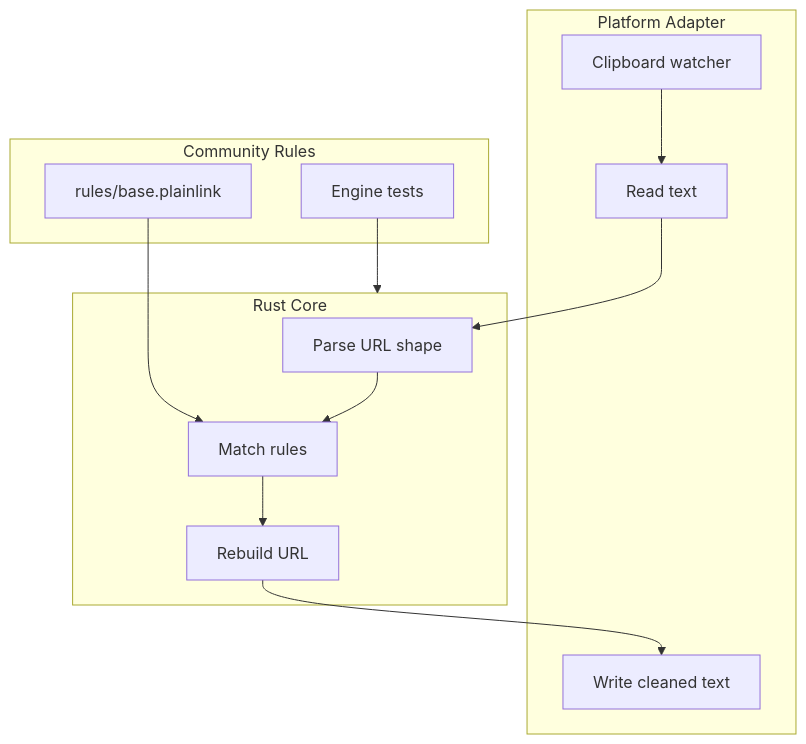
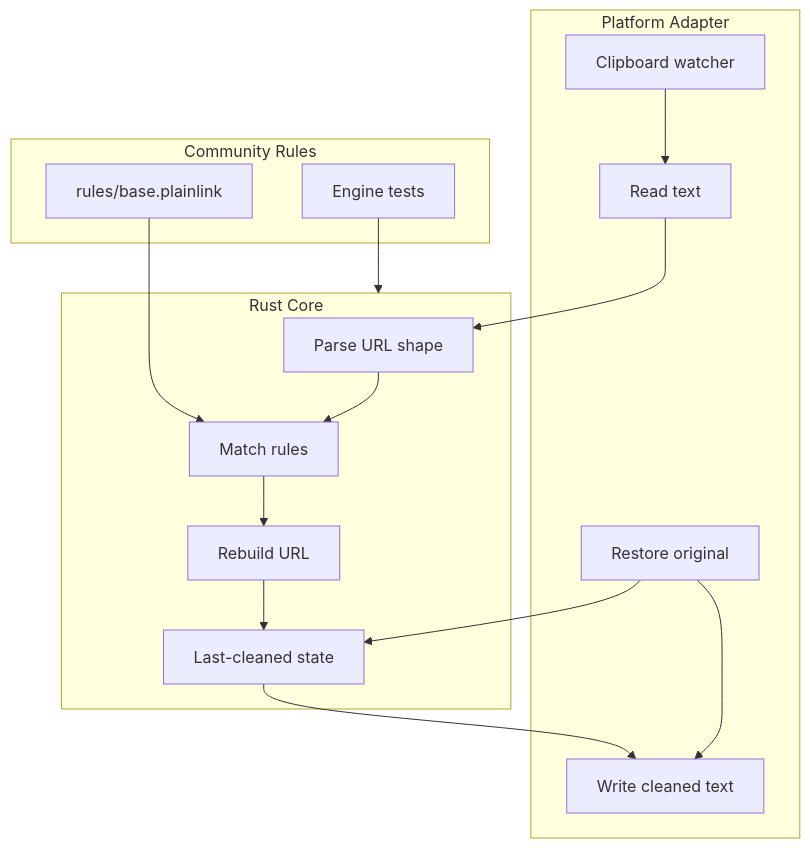
Before and after one commit to HexCodeYT/PlainLink: the first of 3 diagrams in docs/ARCHITECTURE.md, drawn with Mermaid. The commit also changed other lines of this file and 7 other files, not shown here.

First line of the commit message:
feat: add restore support for cleaned clipboard URLs

````diff
--- a/docs/ARCHITECTURE.md
+++ b/docs/ARCHITECTURE.md
@@ -5,23 +5,27 @@
 ```mermaid
 flowchart TB
     subgraph Platform["Platform Adapter"]
         Watch["Clipboard watcher"]
         Read["Read text"]
         Write["Write cleaned text"]
+        Restore["Restore original"]
     end
 
     subgraph Core["Rust Core"]
         Parse["Parse URL shape"]
         Match["Match rules"]
         Rebuild["Rebuild URL"]
+        State["Last-cleaned state"]
     end
 
     subgraph Community["Community Rules"]
         Base["rules/base.plainlink"]
         Tests["Engine tests"]
     end
 
-    Watch --> Read --> Parse --> Match --> Rebuild --> Write
+    Watch --> Read --> Parse --> Match --> Rebuild --> State --> Write
+    Restore --> State
+    Restore --> Write
     Base --> Match
     Tests --> Core
 ```
````
